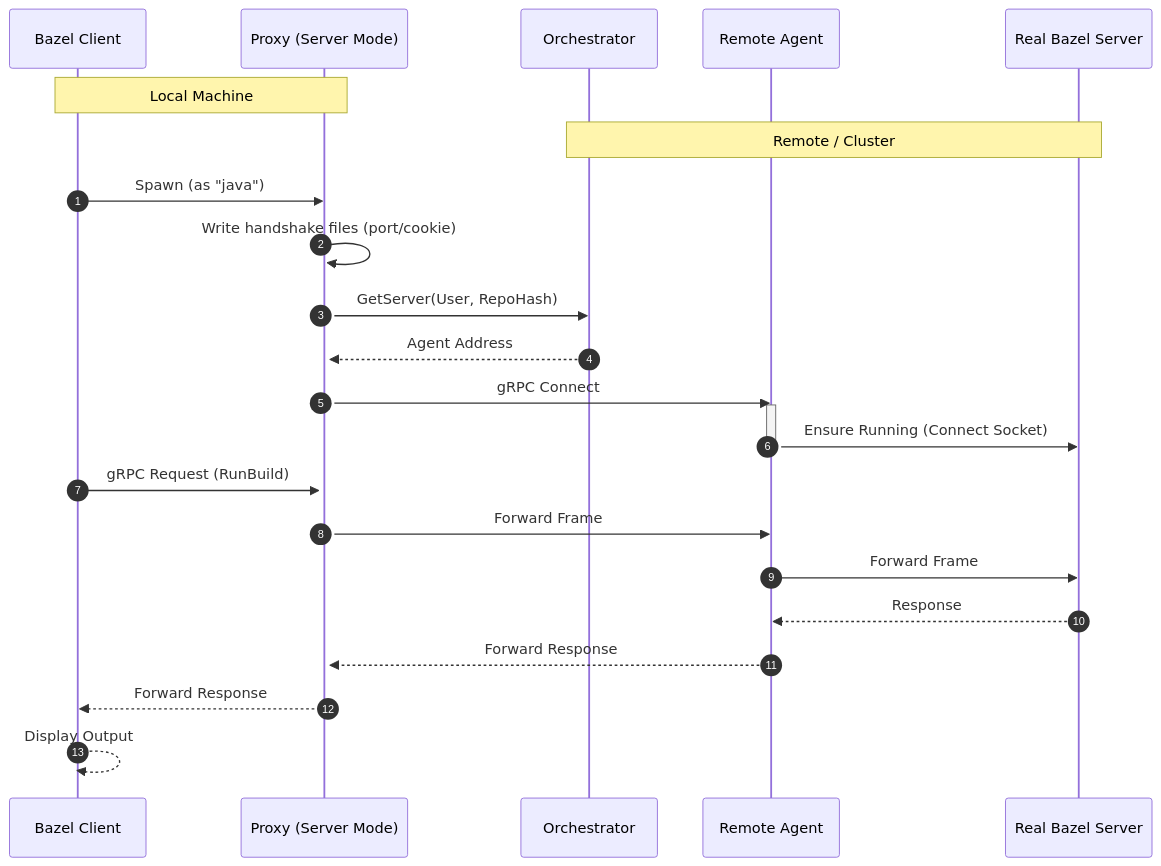
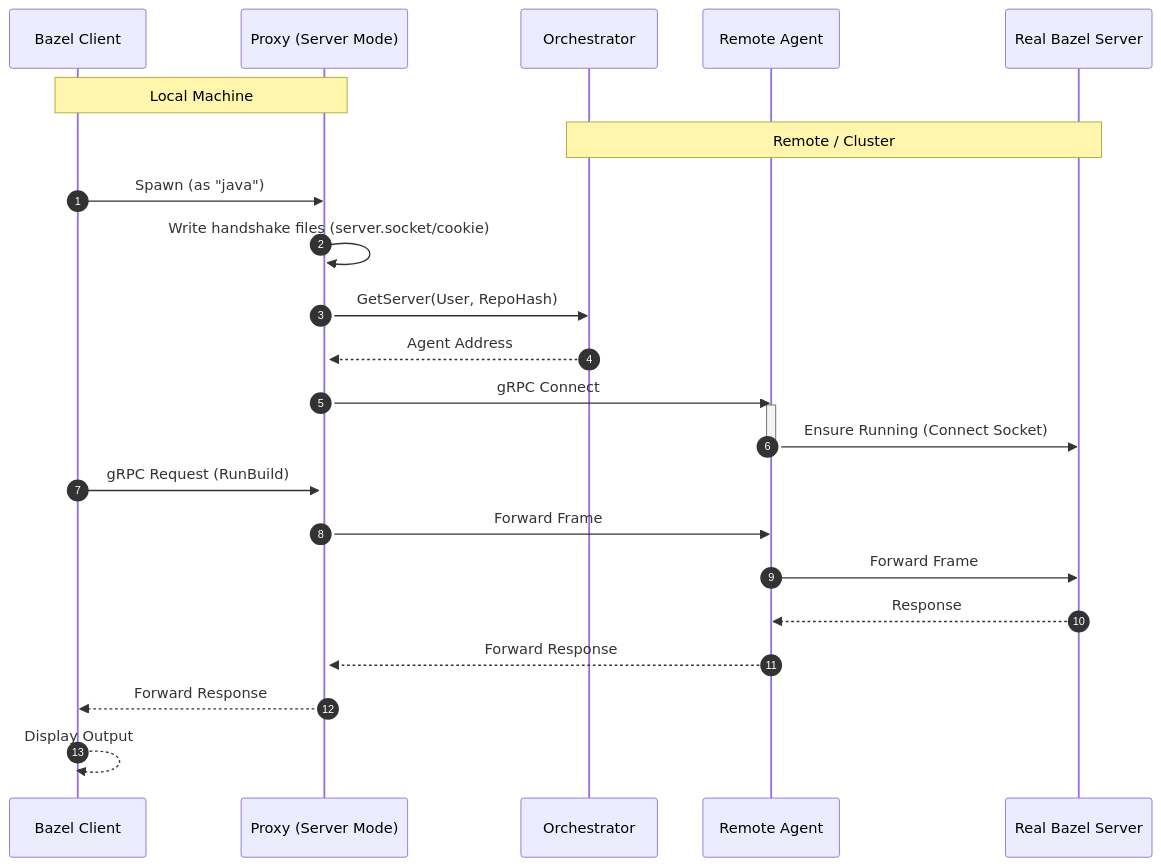
Before and after one commit to JonathanPerry651/remote-build-server: the diagram in docs/architecture.md, drawn with Mermaid. The commit also changed other lines of this file and 3 other files, not shown here.

````diff
--- a/docs/architecture.md
+++ b/docs/architecture.md
@@ -39,33 +39,33 @@
 ```mermaid
 sequenceDiagram
     autonumber
     participant Client as Bazel Client
     participant Proxy as Proxy (Server Mode)
     participant Orch as Orchestrator
     participant Agent as Remote Agent
     participant RealServer as Real Bazel Server
 
     Note over Client,Proxy: Local Machine
     Note over Orch,RealServer: Remote / Cluster
 
     Client->>Proxy: Spawn (as "java")
     activate Proxy
-    Proxy->>Proxy: Write handshake files (port/cookie)
+    Proxy->>Proxy: Write handshake files (server.socket/cookie)
     
     Proxy->>Orch: GetServer(User, RepoHash)
     Orch-->>Proxy: Agent Address
 
     Proxy->>Agent: gRPC Connect
     activate Agent
     Agent->>RealServer: Ensure Running (Connect Socket)
     deactivate Agent
 
     Client->>Proxy: gRPC Request (RunBuild)
     Proxy->>Agent: Forward Frame
     Agent->>RealServer: Forward Frame
     RealServer-->>Agent: Response
     Agent-->>Proxy: Forward Response
     Proxy-->>Client: Forward Response
     
     Client-->>Client: Display Output
 ```
````
